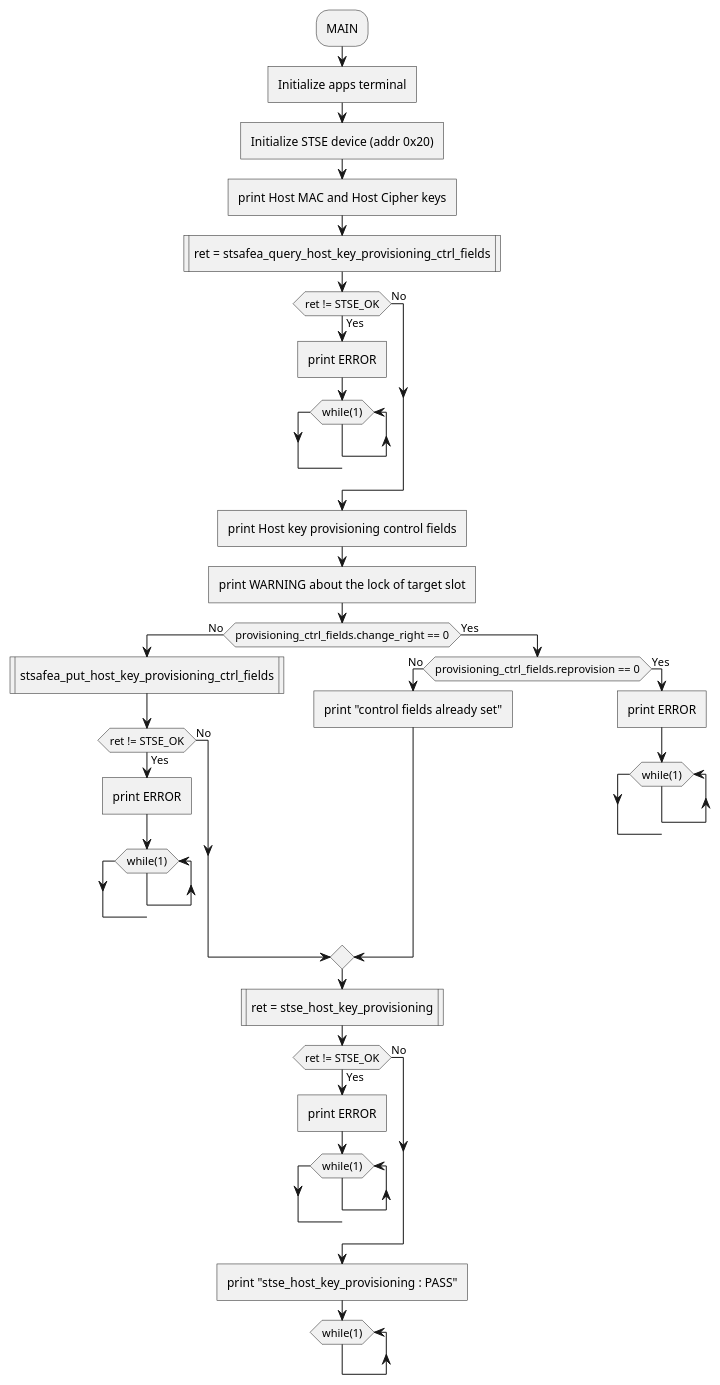
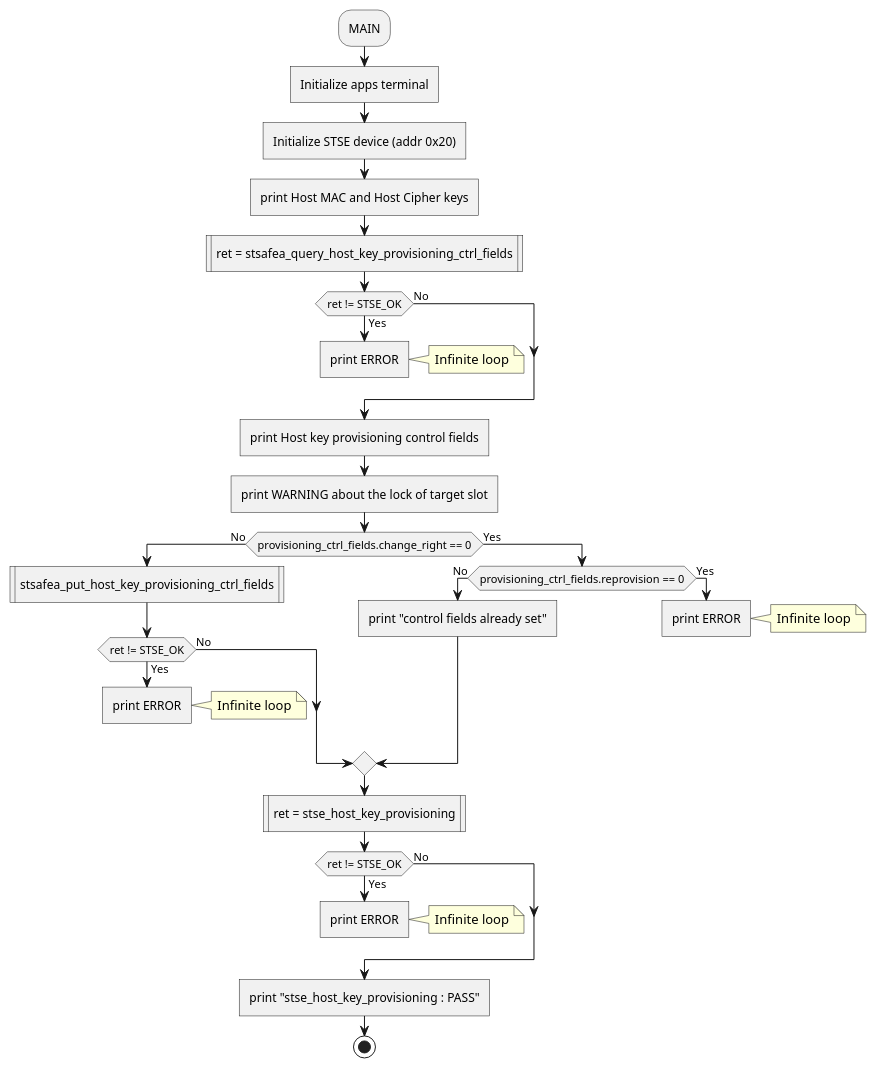
One commit to Grom-perso/STSAFE-A120_examples_dev changed the diagram in Documentation/resources/Markdown/03_Project_examples_description/Host_key_provisioning/STSAFE-A120_Host_key_provisioning.md. Above: the diagram before and after it, drawn with PlantUML. The commit also changed other lines of this file and 23 other files, not shown here.

```diff
--- a/Documentation/resources/Markdown/03_Project_examples_description/Host_key_provisioning/STSAFE-A120_Host_key_provisioning.md
+++ b/Documentation/resources/Markdown/03_Project_examples_description/Host_key_provisioning/STSAFE-A120_Host_key_provisioning.md
@@ -10,48 +12,45 @@
 @startuml "STSAFE-A120_Host_key_provisioning Example flowchart" width=5cm
 	:MAIN;
 	:Initialize apps terminal]
 	:Initialize STSE device (addr 0x20)]
 	:print Host MAC and Host Cipher keys]
 	:ret = stsafea_query_host_key_provisioning_ctrl_fields|
 	if(ret != STSE_OK) then (No)
 	else (Yes)
 		:print ERROR]
-		while (while(1))
-		end while
-		-[hidden]-> detach
+	    note right: Infinite loop
+		-[hidden]->
+		detach
 	endif
 	:print Host key provisioning control fields]
 	:print WARNING about the lock of target slot]
 	if(provisioning_ctrl_fields.change_right == 0) then (No)
 		:stsafea_put_host_key_provisioning_ctrl_fields|
 		if(ret != STSE_OK) then (No)
 		else (Yes)
 			:print ERROR]
-			while (while(1))
-			end while
-			-[hidden]-> detach
+			note right: Infinite loop
+			-[hidden]->
+			detach
 		endif
 	else (Yes)
 		if(provisioning_ctrl_fields.reprovision == 0) then (No)
 			:print "control fields already set"]
 		else (Yes)
 			:print ERROR]
-			while (while(1))
-			end while
-			-[hidden]-> detach
+		    note right: Infinite loop
+			-[hidden]->
+			detach
 		endif
 	endif
 	:ret = stse_host_key_provisioning|
 	if(ret != STSE_OK) then (No)
 	else (Yes)
 		:print ERROR]
-		while (while(1))
-		end while
-		-[hidden]-> detach
+	    note right: Infinite loop
+		-[hidden]->
+		detach
 	endif
 	:print "stse_host_key_provisioning : PASS"]
-	while (while(1))
-	end while
-	-[hidden]->
-	detach
+	stop
 @enduml
```
